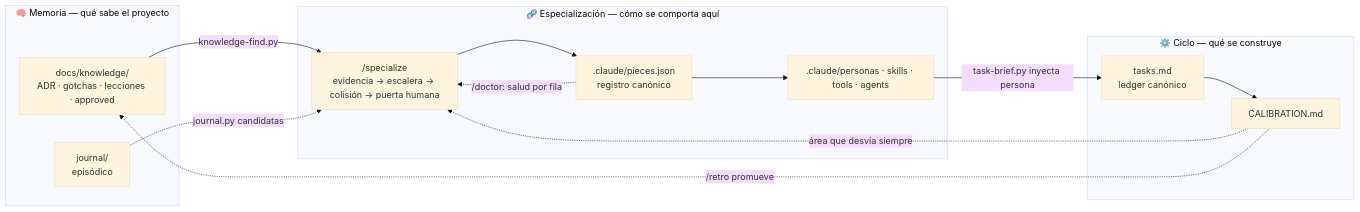
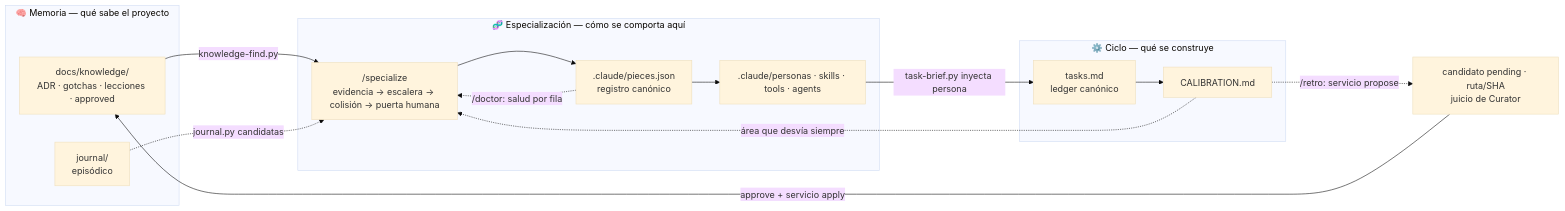
Before and after one commit to daycry/custom-agents: diagram 18 of 24 in docs/FLOWS.md, drawn with Mermaid (base theme). The commit also changed other lines of this file and 106 other files, not shown here.

````diff
--- a/docs/FLOWS.md
+++ b/docs/FLOWS.md
@@ -518,24 +583,25 @@
 ```mermaid
 flowchart LR
   subgraph MEM["🧠 Memoria — qué sabe el proyecto"]
     K["docs/knowledge/<br/>ADR · gotchas · lecciones · approved"]
     J["journal/<br/>episódico"]
   end
   subgraph ESP["🧬 Especialización — cómo se comporta aquí"]
     SP["/specialize<br/>evidencia → escalera → colisión → puerta humana"]
     REG[".claude/pieces.json<br/>registro canónico"]
     PZ[".claude/personas · skills · tools · agents"]
   end
   subgraph CIC["⚙️ Ciclo — qué se construye"]
     T["tasks.md<br/>ledger canónico"]
     CAL["CALIBRATION.md"]
   end
   K -->|"knowledge-find.py"| SP
   J -.->|"journal.py candidatas"| SP
   CAL -.->|"área que desvía siempre"| SP
   SP --> REG --> PZ
   PZ -->|"task-brief.py inyecta persona"| T
   T --> CAL
-  CAL -.->|"/retro promueve"| K
+  CAL -.->|"/retro: servicio propose"| CP["candidato pending · ruta/SHA<br/>juicio de Curator"]
+  CP -->|"approve + servicio apply"| K
   REG -.->|"/doctor: salud por fila"| SP
 ```
````
